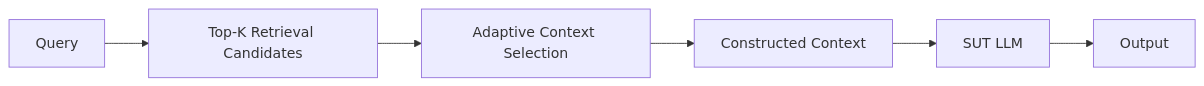
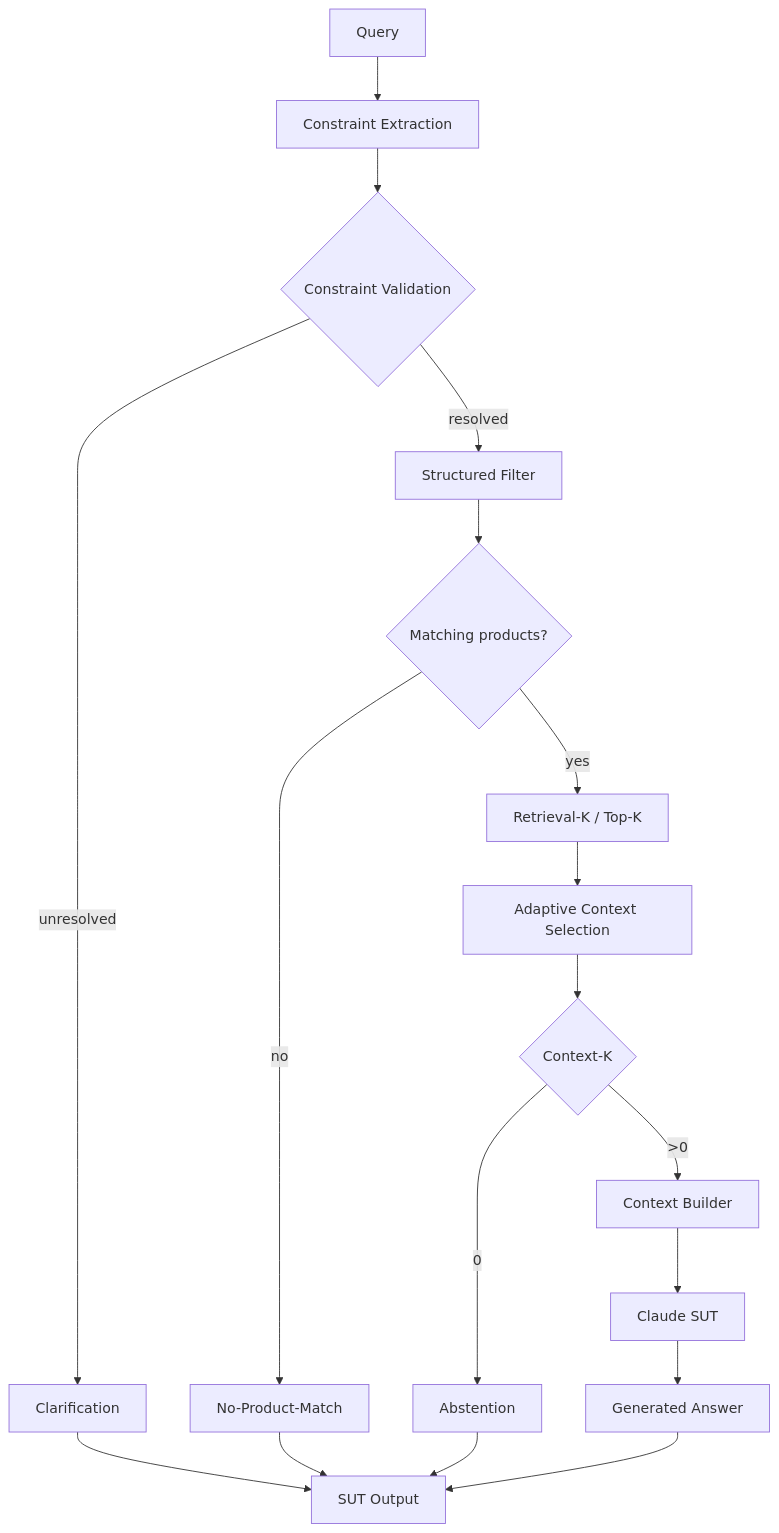
One commit to oleksandrserhieiev-beep/ai-qe-lab changed the second of 3 diagrams in docs/automated_ai_evaluation.md. Above: the diagram before and after it, drawn with Mermaid. The commit also changed other lines of this file, not shown here.

Commit message:
Clarify Oracle versus SUT execution semantics

````diff
--- a/docs/automated_ai_evaluation.md
+++ b/docs/automated_ai_evaluation.md
@@ -56,8 +60,20 @@
 ```mermaid
-flowchart LR
-    Q[Query] --> R[Top-K Retrieval Candidates]
+flowchart TD
+    Q[Query] --> C[Constraint Extraction]
+    C --> V{Constraint Validation}
+    V -->|unresolved| CL[Clarification]
+    V -->|resolved| F[Structured Filter]
+    F --> M{Matching products?}
+    M -->|no| NM[No-Product-Match]
+    M -->|yes| R[Retrieval-K / Top-K]
     R --> A[Adaptive Context Selection]
-    A --> C[Constructed Context]
-    C --> S[SUT LLM]
-    S --> O[Output]
+    A --> K{Context-K}
+    K -->|0| AB[Abstention]
+    K -->|>0| B[Context Builder]
+    B --> S[Claude SUT]
+    S --> O[Generated Answer]
+    CL --> OUT[SUT Output]
+    NM --> OUT
+    AB --> OUT
+    O --> OUT
 ```
````
